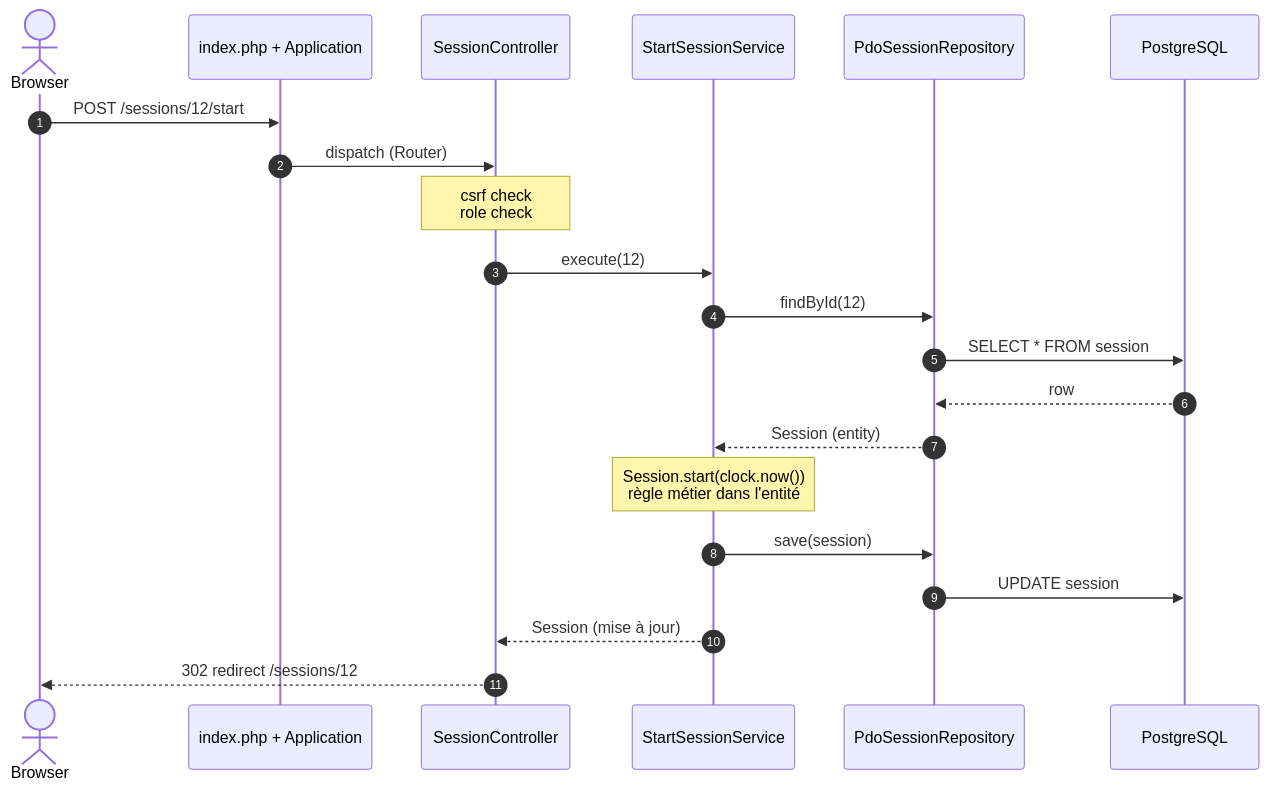
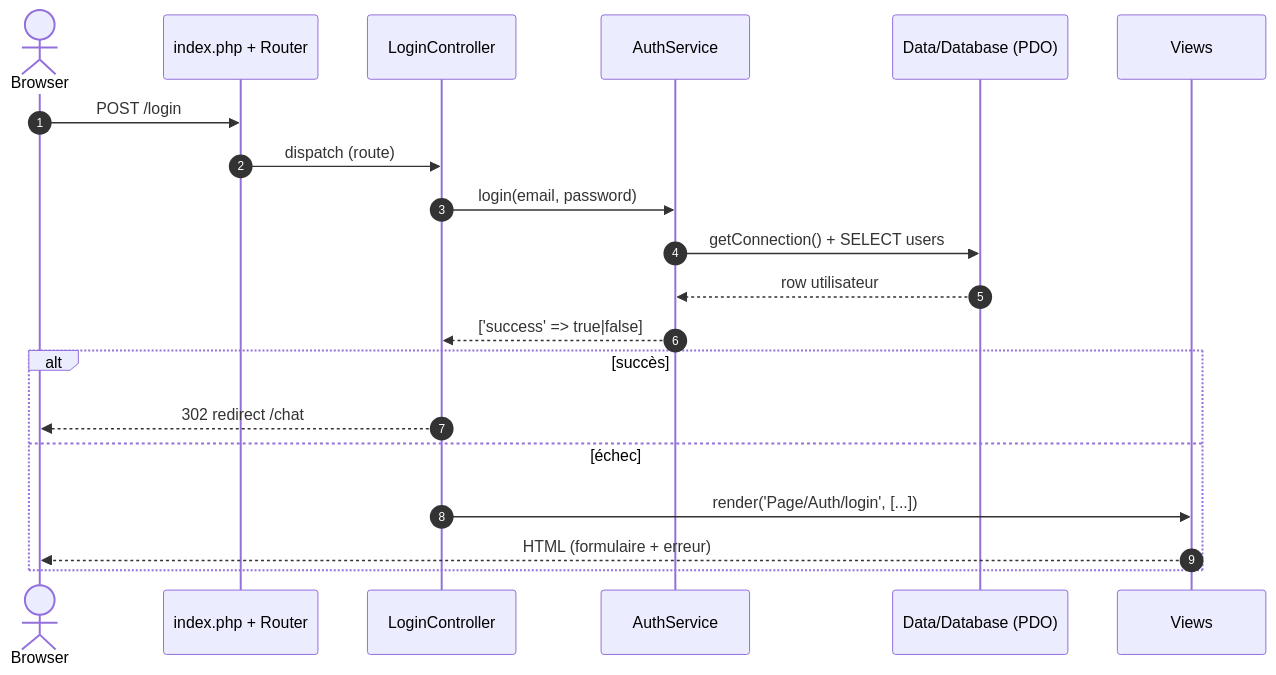
Before and after one commit to LoanALLARD/I-AMU_Web_APP: the third of 3 diagrams in docs/design/app_architecture.md, drawn with Mermaid. The commit also changed other lines of this file and 2 other files, not shown here.

First line of the commit message:
Update project documentation to clarify architecture and coding conventions

````diff
--- a/docs/design/app_architecture.md
+++ b/docs/design/app_architecture.md
@@ -562,24 +458,23 @@
 ```mermaid
 sequenceDiagram
     autonumber
     actor B as Browser
-    participant F as index.php + Application
-    participant C as SessionController
-    participant S as StartSessionService
-    participant R as PdoSessionRepository
-    participant DB as PostgreSQL
+    participant I as index.php + Router
+    participant C as LoginController
+    participant S as AuthService
+    participant DB as Data/Database (PDO)
+    participant V as Views
 
-    B->>F: POST /sessions/12/start
-    F->>C: dispatch (Router)
-    Note over C: csrf check<br/>role check
-    C->>S: execute(12)
-    S->>R: findById(12)
-    R->>DB: SELECT * FROM session
-    DB-->>R: row
-    R-->>S: Session (entity)
-    Note over S: Session.start(clock.now())<br/>règle métier dans l'entité
-    S->>R: save(session)
-    R->>DB: UPDATE session
-    S-->>C: Session (mise à jour)
-    C-->>B: 302 redirect /sessions/12
+    B->>I: POST /login
+    I->>C: dispatch (route)
+    C->>S: login(email, password)
+    S->>DB: getConnection() + SELECT users
+    DB-->>S: row utilisateur
+    S-->>C: ['success' => true|false]
+    alt succès
+        C-->>B: 302 redirect /chat
+    else échec
+        C->>V: render('Page/Auth/login', [...])
+        V-->>B: HTML (formulaire + erreur)
+    end
 ```
````
